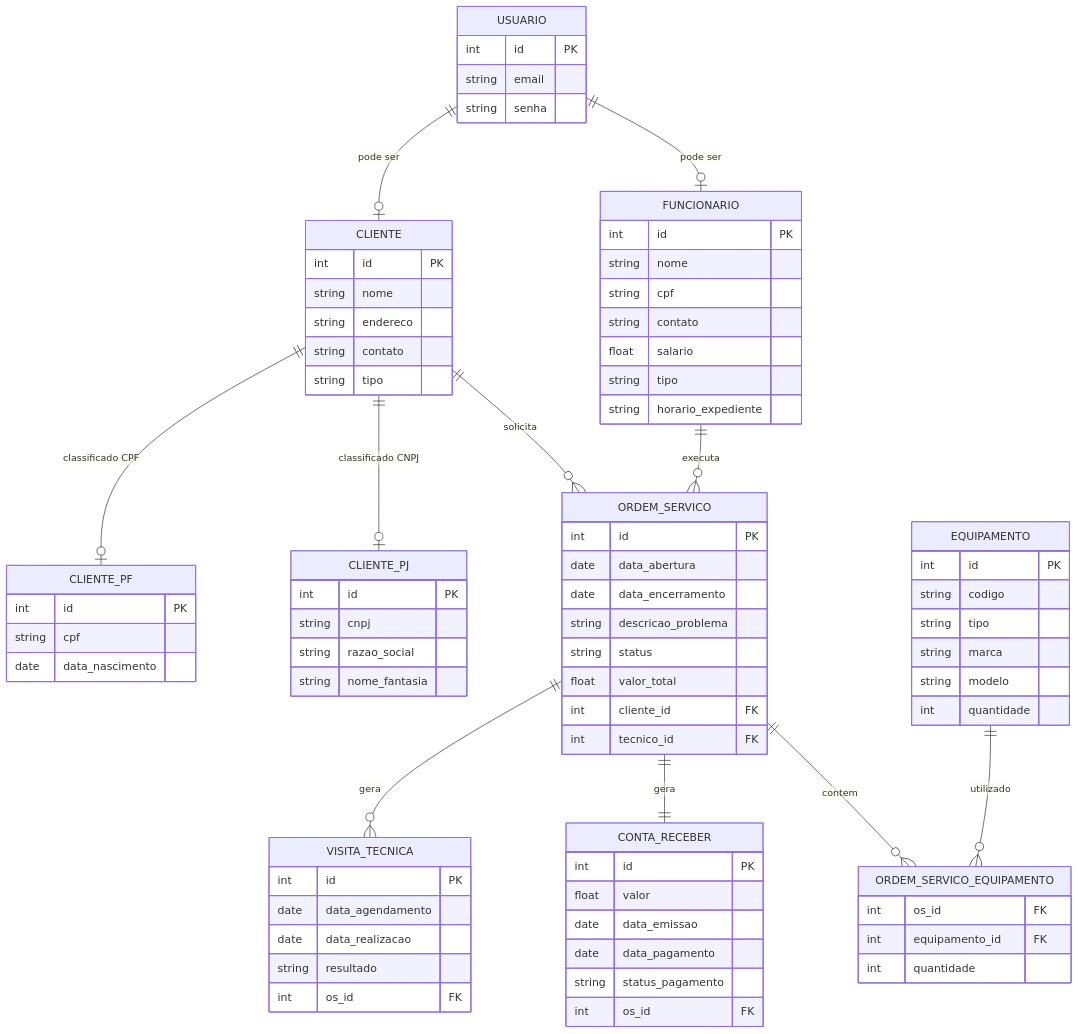
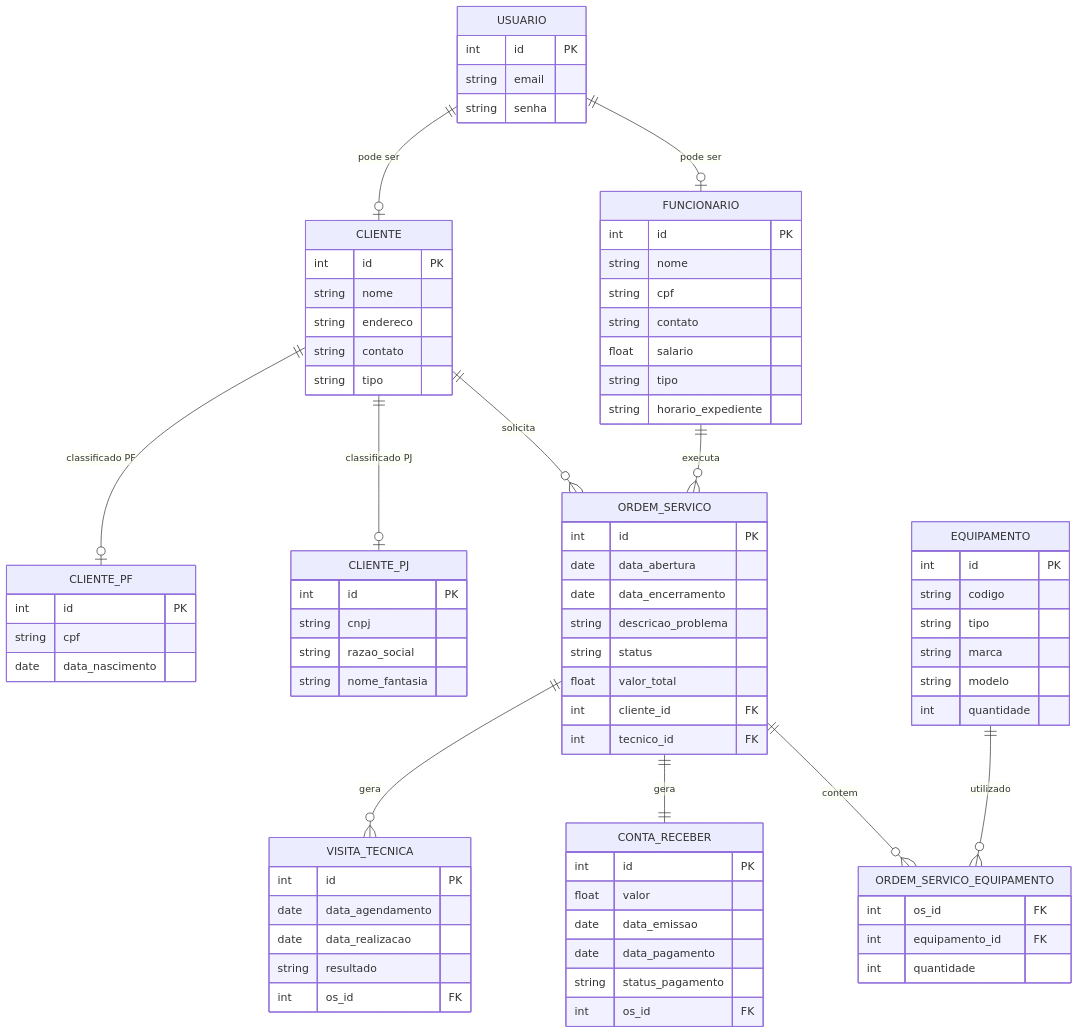
One commit to mariana097/assistencia-tecnica changed the diagram in docs/doc-visao.md. Above: the diagram before and after it, drawn with Mermaid.

```diff
--- a/docs/doc-visao.md
+++ b/docs/doc-visao.md
@@ -204,8 +204,8 @@
     
     USUARIO ||--o| CLIENTE : "pode ser"
     USUARIO ||--o| FUNCIONARIO : "pode ser"
-    CLIENTE ||--o| CLIENTE_PF : "classificado CPF"
-    CLIENTE ||--o| CLIENTE_PJ : "classificado CNPJ"
+    CLIENTE ||--o| CLIENTE_PF : "classificado PF"
+    CLIENTE ||--o| CLIENTE_PJ : "classificado PJ"
     CLIENTE ||--o{ ORDEM_SERVICO : "solicita"
     FUNCIONARIO ||--o{ ORDEM_SERVICO : "executa"
     ORDEM_SERVICO ||--o{ VISITA_TECNICA : "gera"
```
